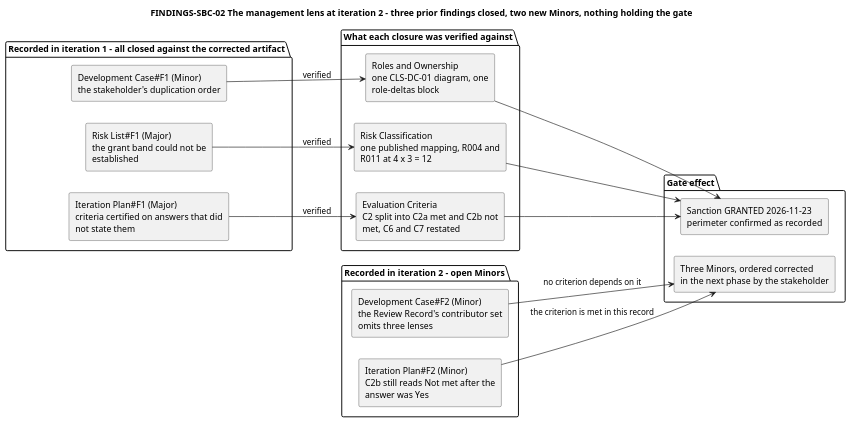
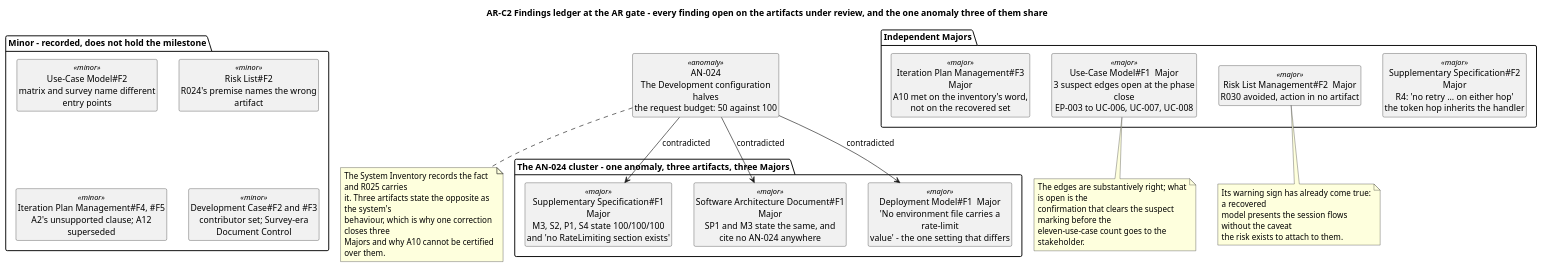
The eighth of 15 diagrams in docs/artifacts/project-management/review-record.md (banense-test/TodoApp), drawn with PlantUML before and after one commit. The commit also changed other lines of this file, not shown here.

First line of the commit message:
Management Reviewer [Excavation1]: upsert Review Record

````diff
--- a/docs/artifacts/project-management/review-record.md
+++ b/docs/artifacts/project-management/review-record.md
@@ -603,41 +683,57 @@
 ```plantuml
 @startuml
-title FINDINGS-SBC-02 The management lens at iteration 2 - three prior findings closed, two new Minors, nothing holding the gate
+title AR-C2 Findings ledger at the AR gate - every finding open on the artifacts under review, and the one anomaly three of them share
 
 skinparam shadowing false
-left to right direction
-skinparam componentStyle rectangle
-skinparam wrapWidth 240
+skinparam classAttributeIconSize 0
+skinparam wrapWidth 245
+hide empty members
+hide circle
 
-package "Recorded in iteration 1 - all closed against the corrected artifact" {
-  component "Development Case#F1 (Minor)\nthe stakeholder's duplication order" as DC1
-  component "Risk List#F1 (Major)\nthe grant band could not be established" as RL1
-  component "Iteration Plan#F1 (Major)\ncriteria certified on answers that did not state them" as IP1
+package "The AN-024 cluster - one anomaly, three artifacts, three Majors" {
+  class "Supplementary Specification#F1  Major\nM3, S2, P1, S4 state 100/100/100\nand 'no RateLimiting section exists'" as SS1 <<major>>
+  class "Software Architecture Document#F1  Major\nSP1 and M3 state the same, and\ncite no AN-024 anywhere" as SAD1 <<major>>
+  class "Deployment Model#F1  Major\n'No environment file carries a rate-limit\nvalue' - the one setting that differs" as DPM1 <<major>>
 }
 
-package "Recorded in iteration 2 - open Minors" {
-  component "Development Case#F2 (Minor)\nthe Review Record's contributor set omits three lenses" as DC2
-  component "Iteration Plan#F2 (Minor)\nC2b still reads Not met after the answer was Yes" as IP2
+package "Independent Majors" {
+  class "Supplementary Specification#F2  Major\nR4: 'no retry ... on either hop'\nthe token hop inherits the handler" as SS2 <<major>>
+  class "Use-Case Model#F1  Major\n3 suspect edges open at the phase close\nEP-003 to UC-006, UC-007, UC-008" as UCM1 <<major>>
+  class "Risk List Management#F2  Major\nR030 avoided, action in no artifact" as RL1 <<major>>
+  class "Iteration Plan Management#F3  Major\nA10 met on the inventory's word,\nnot on the recovered set" as IP1 <<major>>
 }
 
-package "What each closure was verified against" {
-  component "Roles and Ownership\none CLS-DC-01 diagram, one role-deltas block" as V1
-  component "Risk Classification\none published mapping, R004 and R011 at 4 x 3 = 12" as V2
-  component "Evaluation Criteria\nC2 split into C2a met and C2b not met, C6 and C7 restated" as V3
+package "Minor - recorded, does not hold the milestone" {
+  class "Use-Case Model#F2\nmatrix and survey name different entry points" as M1 <<minor>>
+  class "Risk List#F2\nR024's premise names the wrong artifact" as M2 <<minor>>
+  class "Iteration Plan Management#F4, #F5\nA2's unsupported clause; A12 superseded" as M3 <<minor>>
+  class "Development Case#F2 and #F3\ncontributor set; Survey-era Document Control" as M4 <<minor>>
 }
 
-package "Gate effect" {
-  component "Sanction GRANTED 2026-11-23\nperimeter confirmed as recorded" as GATE
-  component "Three Minors, ordered corrected\nin the next phase by the stakeholder" as MIN
-}
+class "AN-024\nThe Development configuration halves\nthe request budget: 50 against 100" as AN <<anomaly>>
 
-DC1 --> V1 : verified
-RL1 --> V2 : verified
-IP1 --> V3 : verified
-V1 --> GATE
-V2 --> GATE
-V3 --> GATE
-DC2 --> MIN : no criterion depends on it
-IP2 --> MIN : the criterion is met in this record
+AN --> SS1 : contradicted
+AN --> SAD1 : contradicted
+AN --> DPM1 : contradicted
+
+note bottom of AN
+  The System Inventory records the fact and R025 carries
+  it. Three artifacts state the opposite as the system's
+  behaviour, which is why one correction closes three
+  Majors and why A10 cannot be certified over them.
+end note
+
+note bottom of RL1
+  Its warning sign has already come true: a recovered
+  model presents the session flows without the caveat
+  the risk exists to attach to them.
+end note
+
+note bottom of UCM1
+  The edges are substantively right; what is open is the
+  confirmation that clears the suspect marking before the
+  eleven-use-case count goes to the stakeholder.
+end note
+
 @enduml
 ```
````
